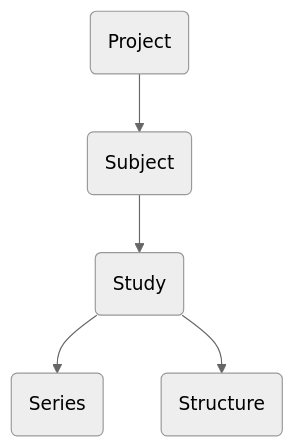
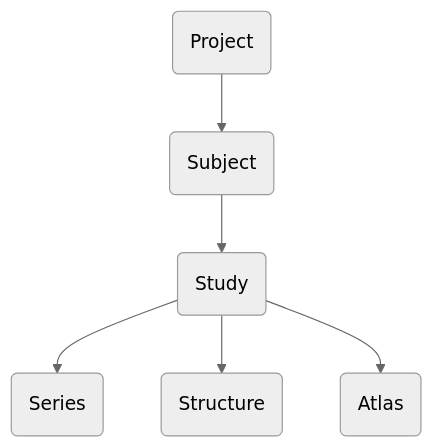
Before and after one commit to BrainImaging/brics-docs: the diagram in docs/viewer.md, drawn with Mermaid (neutral theme). The commit also changed other lines of this file, not shown here.

````diff
--- a/docs/viewer.md
+++ b/docs/viewer.md
@@ -9,7 +9,8 @@
 ```mermaid
 graph TB
 A(Project) --> B(Subject)
 B --> C(Study)
 C --> D(Series)
 C --> E(Structure)
+C--> F(Atlas)
 ```
````
